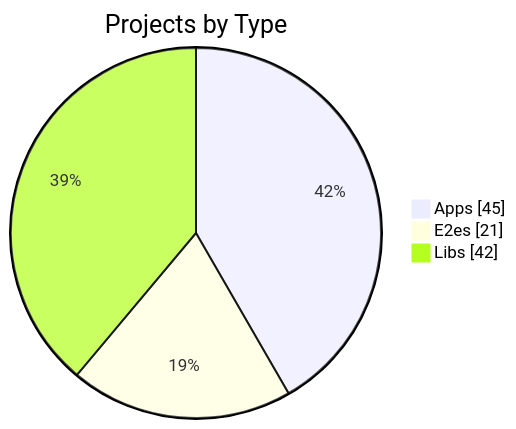
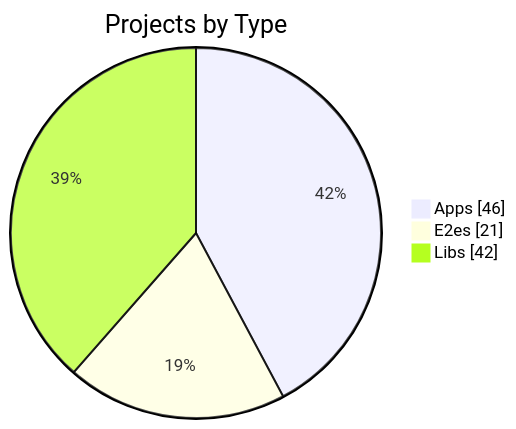
The first of 3 diagrams in apps/kbve/astro-kbve/src/content/docs/dashboard/graph.mdx (KBVE/kbve), drawn with Mermaid before and after one commit. The commit also changed other lines of this file and 8 other files, not shown here.

````diff
--- a/apps/kbve/astro-kbve/src/content/docs/dashboard/graph.mdx
+++ b/apps/kbve/astro-kbve/src/content/docs/dashboard/graph.mdx
@@ -56,7 +56,7 @@
 ```mermaid
 pie showData
     title Projects by Type
-    "Apps" : 45
+    "Apps" : 46
     "E2es" : 21
     "Libs" : 42
 ```
````
